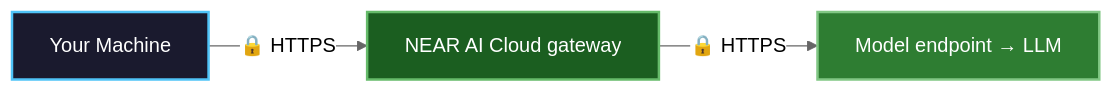
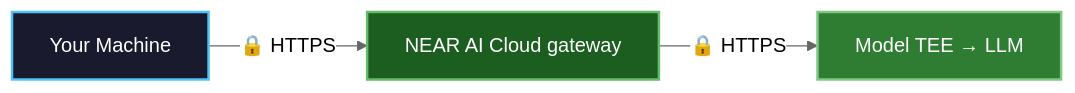
Before and after one commit to nearai/docs: the diagram in cloud/private-inference.mdx, drawn with Mermaid (neutral theme). The commit also changed other lines of this file and 3 other files, not shown here.

````diff
--- a/cloud/private-inference.mdx
+++ b/cloud/private-inference.mdx
@@ -61,8 +61,8 @@
 ```mermaid
 flowchart LR
-    A["Your Machine"] -->|"🔒 HTTPS"| B["NEAR AI Cloud gateway"] -->|"🔒 HTTPS"| C["Model endpoint → LLM"]
+    A["Your Machine"] -->|"🔒 HTTPS"| B["NEAR AI Cloud gateway"] -->|"🔒 HTTPS"| C["Model TEE → LLM"]
 
     style A fill:#1a1a2e,stroke:#4fc3f7,stroke-width:2px,color:#fff
     style B fill:#1b5e20,stroke:#66bb6a,stroke-width:2px,color:#fff
     style C fill:#2e7d32,stroke:#81c784,stroke-width:2px,color:#fff
 ```
````
